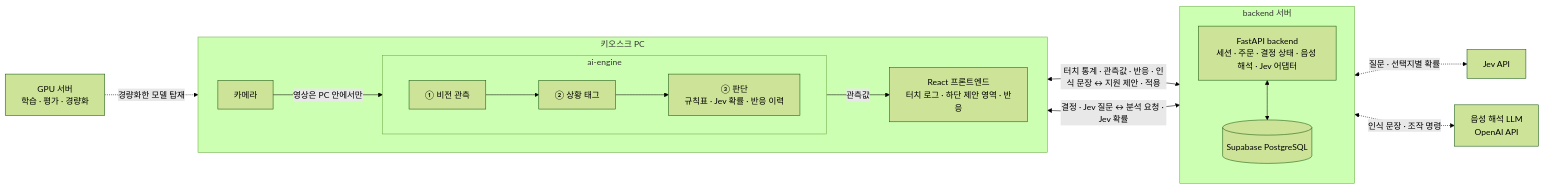
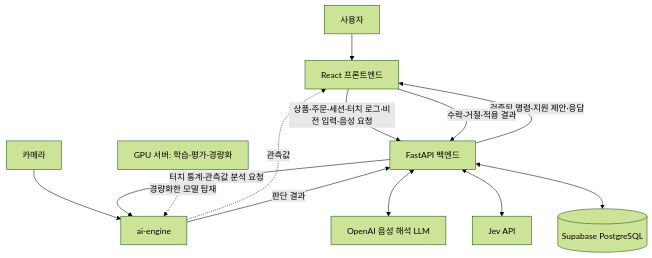
The diagram in README.md (knu-capstone-design-06/Capstone-design-project), drawn with Mermaid (forest theme) before and after one commit. The commit also changed other lines of this file and 1 other file, not shown here.

Commit message:
docs: 구조도는 팀의 기존 mermaid에 최소 수정(카메라→ai-engine, 분석 요청, 음성 LLM, GPU 서버); 설계 그림 파일 제거

````diff
--- a/README.md
+++ b/README.md
@@ -91,21 +89,19 @@
 ```mermaid
-flowchart LR
-    GPU[GPU 서버<br/>학습 · 평가 · 경량화] -.->|경량화한 모델 탑재| AI1
-    subgraph KIOSK[키오스크 PC]
-        direction LR
-        CAM[카메라] -->|영상은 PC 안에서만| AI1
-        subgraph AI[ai-engine]
-            direction LR
-            AI1[① 비전 관측] --> AI2[② 상황 태그] --> AI3[③ 판단<br/>규칙표 · Jev 확률 · 반응 이력]
-        end
-        AI1 -->|관측값| FE[React 프론트엔드<br/>터치 로그 · 하단 제안 영역 · 반응]
-    end
-    subgraph SRV[backend 서버]
-        direction TB
-        BE[FastAPI backend<br/>세션 · 주문 · 결정 상태 · 음성 해석 · Jev 어댑터] <--> DB[(Supabase PostgreSQL)]
-    end
-    FE <-->|터치 통계 · 관측값 · 반응 · 인식 문장 ↔ 지원 제안 · 적용| BE
-    AI3 <-->|결정 · Jev 질문 ↔ 분석 요청 · Jev 확률| BE
-    BE <-.->|질문 · 선택지별 확률| JEV[Jev API]
-    BE <-.->|인식 문장 · 조작 명령| LLM[음성 해석 LLM<br/>OpenAI API]
+flowchart TD
+    USER[사용자] --> FE[React 프론트엔드]
+    CAMERA[카메라] --> AI
+    AI -.->|관측값| FE
+
+    FE -->|상품·주문·세션·터치 로그·비전 입력·음성 요청| BE[FastAPI 백엔드]
+
+    BE <--> DB[(Supabase PostgreSQL)]
+    BE -->|터치 통계·관측값 분석 요청| AI[ai-engine]
+
+    BE <--> JEV[Jev API]
+    BE <--> VOICE[OpenAI 음성 해석 LLM]
+
+    AI -->|판단 결과| BE
+    BE -->|검증된 명령·지원 제안·응답| FE
+    FE -->|수락·거절·적용 결과| BE
+    GPU[GPU 서버: 학습·평가·경량화] -.->|경량화한 모델 탑재| AI
 ```
````
